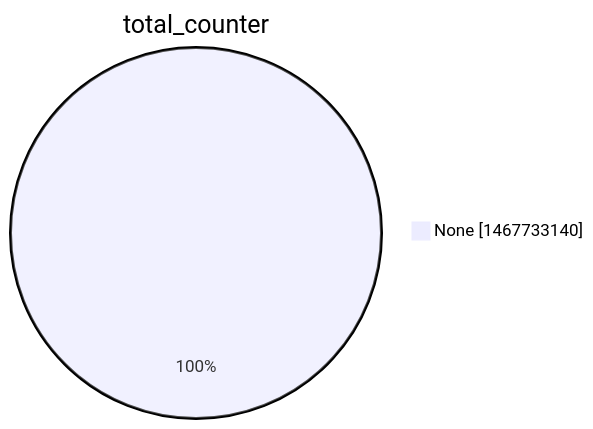
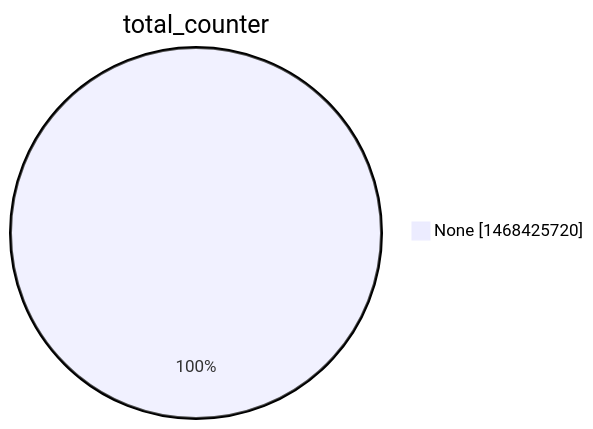
Before and after one commit to christiankrug/ctmonitor_visualization: the second of 15 diagrams in argon2022/README.md, drawn with Mermaid. The commit also changed other lines of this file, not shown here.

````diff
--- a/argon2022/README.md
+++ b/argon2022/README.md
@@ -9,5 +9,5 @@
 ```mermaid
 pie showData
 title total_counter
-"None" :1467733140
+"None" :1468425720
 ```
````
